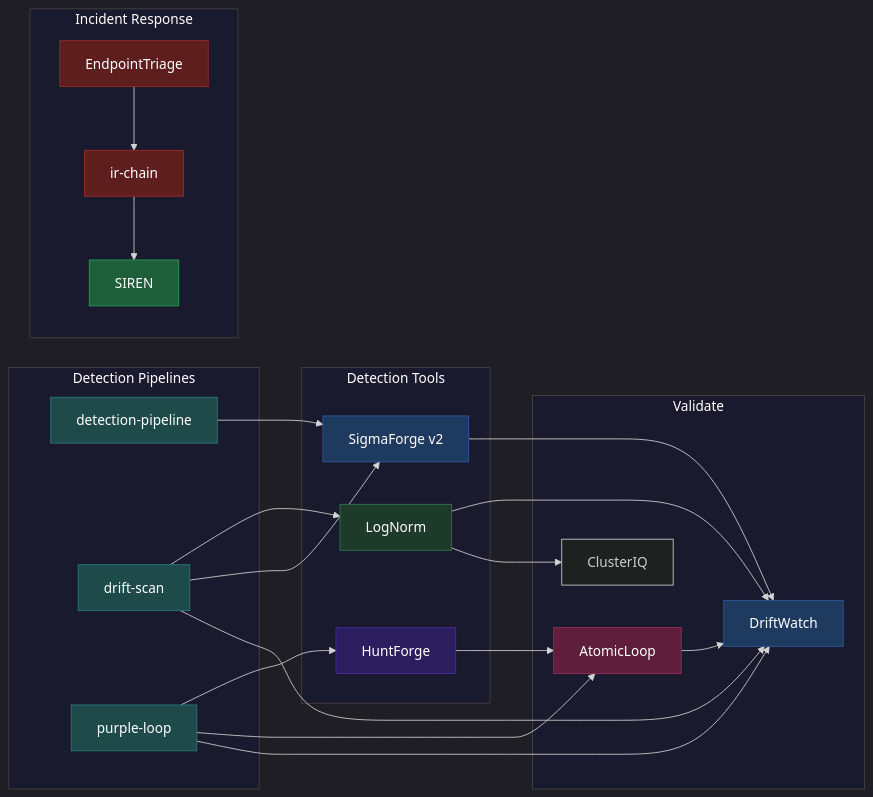
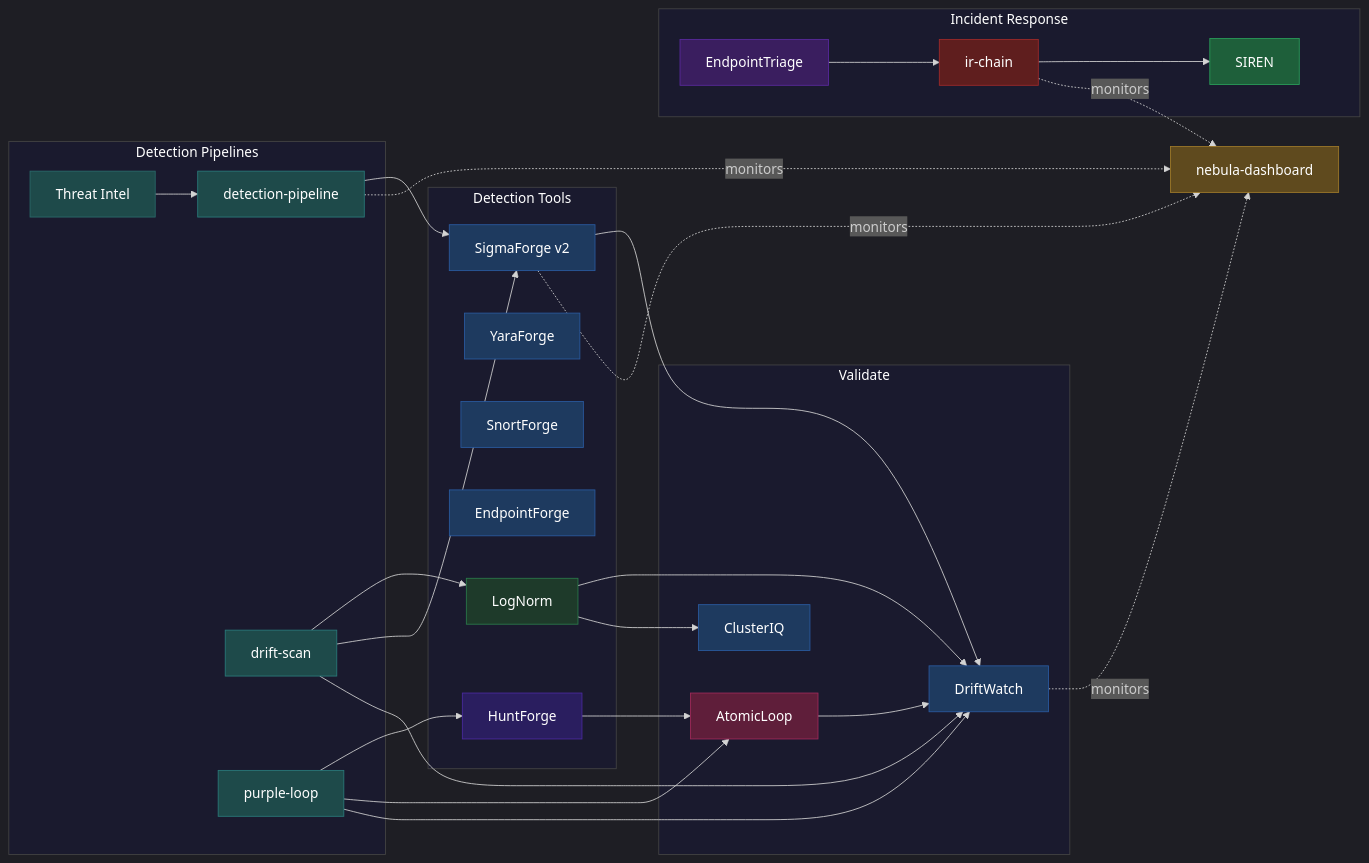
One commit to Rootless-Ghost/Nebula-Forge changed the diagram in README.md. Above: the diagram before and after it, drawn with Mermaid.

Commit message:
docs: restore diagram colors and missing nodes

````diff
--- a/README.md
+++ b/README.md
@@ -23,58 +23,75 @@
 ```mermaid
 %%{init: {'theme': 'dark', 'themeVariables': {'clusterBkg': '#1a1a2e', 'clusterBorder': '#444', 'titleColor': '#ffffff'}}}%%
 graph LR
     subgraph PIPES[Detection Pipelines]
+        TI[Threat Intel]
         DP[detection-pipeline]
         DS[drift-scan]
         PL[purple-loop]
     end
 
     subgraph TOOLS[Detection Tools]
         SF[SigmaForge v2]
+        YF[YaraForge]
+        SNF[SnortForge]
+        EF[EndpointForge]
         LN[LogNorm]
         HF[HuntForge]
     end
 
     subgraph VALIDATE[Validate]
         DW[DriftWatch]
         CQ[ClusterIQ]
         AL[AtomicLoop]
     end
 
     subgraph IRCHAIN[Incident Response]
         ET[EndpointTriage]
         IC[ir-chain]
         SR[SIREN]
     end
 
+    ND[nebula-dashboard]
+
+    TI --> DP
     DP --> SF
     ET --> IC
     IC --> SR
     LN --> DW
     LN --> CQ
     SF --> DW
     HF --> AL
     AL --> DW
     PL --> HF
     PL --> AL
     PL --> DW
     DS --> LN
     DS --> SF
     DS --> DW
+    SF -.->|monitors| ND
+    DW -.->|monitors| ND
+    IC -.->|monitors| ND
+    DP -.->|monitors| ND
 
-    classDef detect    fill:#1e3a5f,stroke:#2a5a9f,color:#fff
-    classDef normalize fill:#1e3a2a,stroke:#2a7a4a,color:#fff
-    classDef hunt      fill:#2a1e5f,stroke:#4a2a9f,color:#fff
-    classDef purple    fill:#5f1e3a,stroke:#9f2a5a,color:#fff
-    classDef pipeline  fill:#1e4a4a,stroke:#2a7a7a,color:#fff
-    classDef respond   fill:#5f1e1e,stroke:#9f2a2a,color:#fff
-    classDef report    fill:#1e5f3a,stroke:#2a9f5a,color:#fff
+    classDef detect      fill:#1e3a5f,stroke:#2a5a9f,color:#fff
+    classDef normalize   fill:#1e3a2a,stroke:#2a7a4a,color:#fff
+    classDef hunt        fill:#2a1e5f,stroke:#4a2a9f,color:#fff
+    classDef purple      fill:#5f1e3a,stroke:#9f2a5a,color:#fff
+    classDef investigate fill:#3a1e5f,stroke:#5a2a9f,color:#fff
+    classDef respond     fill:#5f1e1e,stroke:#9f2a2a,color:#fff
+    classDef report      fill:#1e5f3a,stroke:#2a9f5a,color:#fff
+    classDef pipeline    fill:#1e4a4a,stroke:#2a7a7a,color:#fff
+    classDef hub         fill:#5f4a1e,stroke:#9f7a2a,color:#fff
+    classDef intel       fill:#1e4a4a,stroke:#2a6a6a,color:#fff
 
-    class SF,DW detect
+    class SF,YF,SNF,EF,DW,CQ detect
     class LN normalize
     class HF hunt
     class AL purple
+    class ET investigate
+    class IC respond
+    class SR report
+    class TI intel
     class DP,DS,PL pipeline
-    class ET,IC respond
-    class SR report
+    class ND hub
 ```
````
